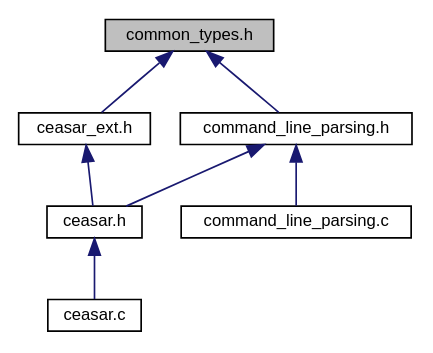
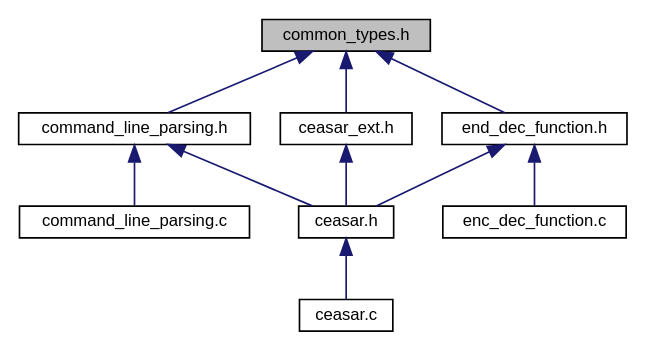
One commit to LevyMatan/ISP_ex2_doc changed the diagram in common__types_8h__dep__incl.dot. Above: the diagram before and after it, drawn with Graphviz. The commit also changed 145 other files, not shown here.

```diff
--- a/common__types_8h__dep__incl.dot
+++ b/common__types_8h__dep__incl.dot
@@ -1,19 +1,24 @@
 digraph "common_types.h"
 {
  // INTERACTIVE_SVG=YES
  // LATEX_PDF_SIZE
   edge [fontname="Helvetica",fontsize="10",labelfontname="Helvetica",labelfontsize="10"];
   node [fontname="Helvetica",fontsize="10",shape=record];
   Node1 [label="common_types.h",height=0.2,width=0.4,color="black", fillcolor="grey75", style="filled", fontcolor="black",tooltip="All common hardcoded data, types, and constants."];
   Node1 -> Node2 [dir="back",color="midnightblue",fontsize="10",style="solid",fontname="Helvetica"];
   Node2 [label="ceasar_ext.h",height=0.2,width=0.4,color="black", fillcolor="white", style="filled",URL="$ceasar__ext_8h.html",tooltip="All exposed functions and types to be used by someone who wants to call the Ceasar lib/program."];
   Node2 -> Node3 [dir="back",color="midnightblue",fontsize="10",style="solid",fontname="Helvetica"];
-  Node3 [label="ceasar.h",height=0.2,width=0.4,color="black", fillcolor="white", style="filled",URL="$ceasar_8h.html",tooltip=" "];
+  Node3 [label="ceasar.h",height=0.2,width=0.4,color="black", fillcolor="white", style="filled",URL="$ceasar_8h.html",tooltip="Delartion of core function to construct Ceasar program from."];
   Node3 -> Node4 [dir="back",color="midnightblue",fontsize="10",style="solid",fontname="Helvetica"];
-  Node4 [label="ceasar.c",height=0.2,width=0.4,color="black", fillcolor="white", style="filled",URL="$ceasar_8c.html",tooltip=" "];
+  Node4 [label="ceasar.c",height=0.2,width=0.4,color="black", fillcolor="white", style="filled",URL="$ceasar_8c.html",tooltip="Main program file. The Ceasar program will decrypt an input file."];
   Node1 -> Node5 [dir="back",color="midnightblue",fontsize="10",style="solid",fontname="Helvetica"];
-  Node5 [label="command_line_parsing.h",height=0.2,width=0.4,color="black", fillcolor="white", style="filled",URL="$command__line__parsing_8h.html",tooltip=" "];
+  Node5 [label="command_line_parsing.h",height=0.2,width=0.4,color="black", fillcolor="white", style="filled",URL="$command__line__parsing_8h.html",tooltip="Decleration and defenitions of all command line parsing related function and macros."];
   Node5 -> Node3 [dir="back",color="midnightblue",fontsize="10",style="solid",fontname="Helvetica"];
   Node5 -> Node6 [dir="back",color="midnightblue",fontsize="10",style="solid",fontname="Helvetica"];
-  Node6 [label="command_line_parsing.c",height=0.2,width=0.4,color="black", fillcolor="white", style="filled",URL="$command__line__parsing_8c.html",tooltip=" "];
+  Node6 [label="command_line_parsing.c",height=0.2,width=0.4,color="black", fillcolor="white", style="filled",URL="$command__line__parsing_8c.html",tooltip="Implementation of all command line parsing functions."];
+  Node1 -> Node7 [dir="back",color="midnightblue",fontsize="10",style="solid",fontname="Helvetica"];
+  Node7 [label="end_dec_function.h",height=0.2,width=0.4,color="black", fillcolor="white", style="filled",URL="$end__dec__function_8h.html",tooltip="//TODO: Vladimir"];
+  Node7 -> Node3 [dir="back",color="midnightblue",fontsize="10",style="solid",fontname="Helvetica"];
+  Node7 -> Node8 [dir="back",color="midnightblue",fontsize="10",style="solid",fontname="Helvetica"];
+  Node8 [label="enc_dec_function.c",height=0.2,width=0.4,color="black", fillcolor="white", style="filled",URL="$enc__dec__function_8c.html",tooltip=" "];
 }
```
